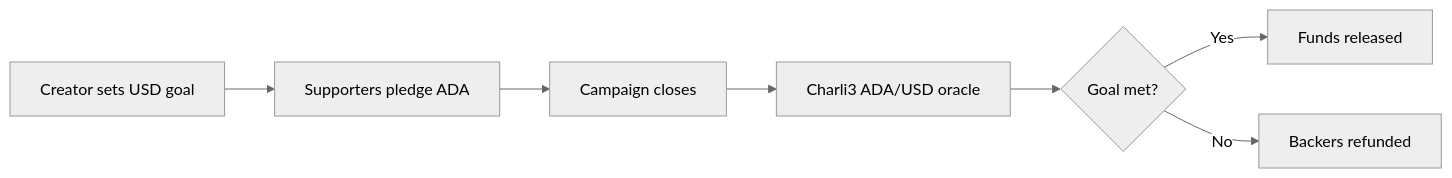
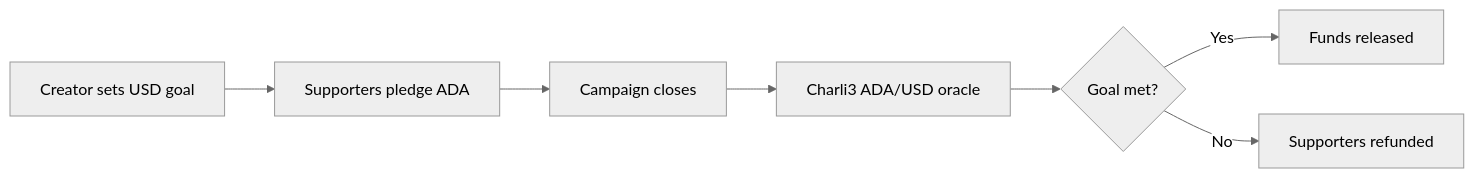
One commit to cryptoleo79/tsunagi-funding changed the diagram in README.md. Above: the diagram before and after it, drawn with Mermaid (neutral theme). The commit also changed other lines of this file and 9 other files, not shown here.

Commit message:
docs: polish repo and demo flow for judges

````diff
--- a/README.md
+++ b/README.md
@@ -52,9 +52,9 @@
 ```mermaid
 flowchart LR
     A[Creator sets USD goal] --> B[Supporters pledge ADA]
     B --> C[Campaign closes]
     C --> D[Charli3 ADA/USD oracle]
     D --> E{Goal met?}
     E -- Yes --> F[Funds released]
-    E -- No --> G[Backers refunded]
+    E -- No --> G[Supporters refunded]
 ```
````
